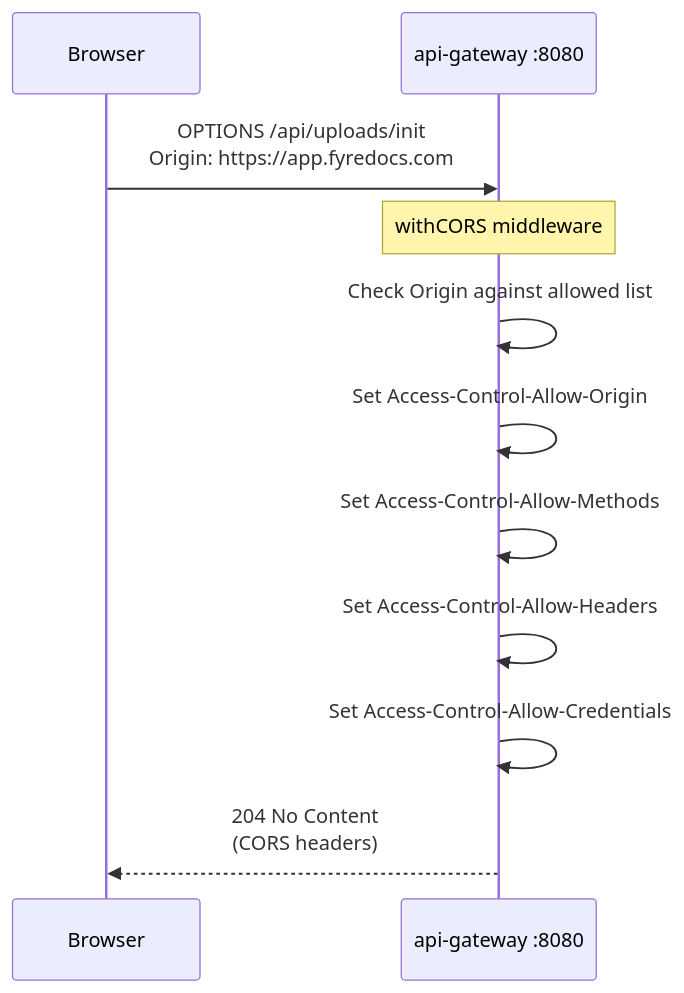
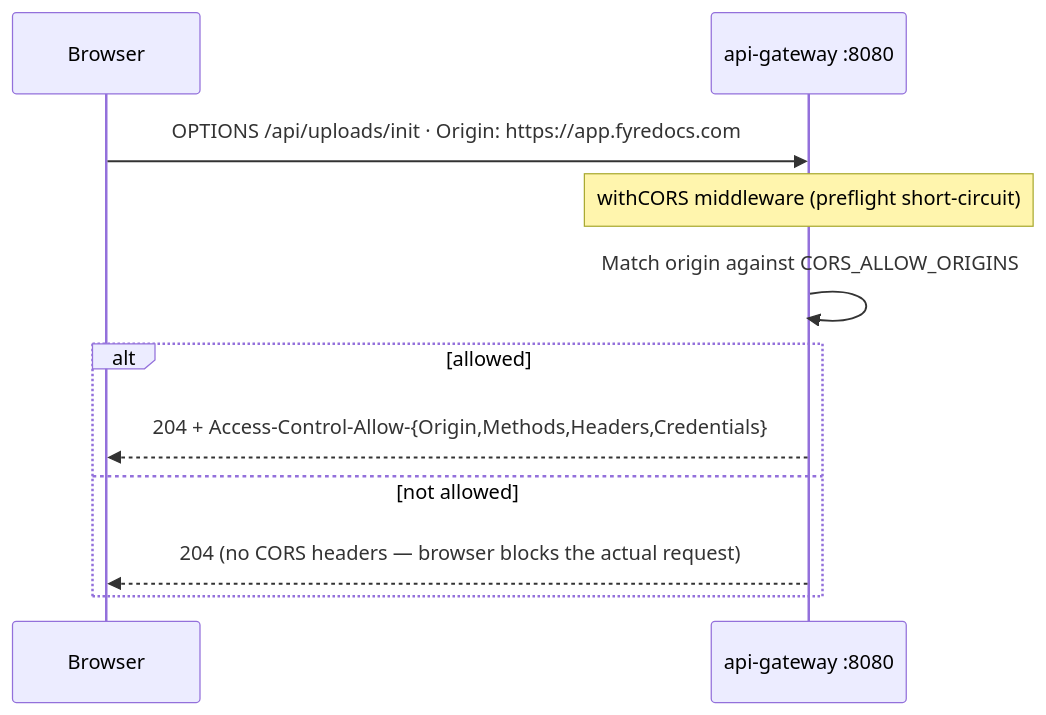
Before and after one commit to Prachidubey2003/fyredocs_backend: the fifth of 7 diagrams in docs/developer/mermaid/service-api-gateway-sequence.md, drawn with Mermaid. The commit also changed other lines of this file and 39 other files, not shown here.

````diff
--- a/docs/developer/mermaid/service-api-gateway-sequence.md
+++ b/docs/developer/mermaid/service-api-gateway-sequence.md
@@ -63,17 +95,14 @@
 ```mermaid
 sequenceDiagram
     participant Browser
     participant GW as api-gateway :8080
 
-    Browser->>GW: OPTIONS /api/uploads/init<br/>Origin: https://app.fyredocs.com
-
-    Note over GW: withCORS middleware
-
-    GW->>GW: Check Origin against allowed list
-    GW->>GW: Set Access-Control-Allow-Origin
-    GW->>GW: Set Access-Control-Allow-Methods
-    GW->>GW: Set Access-Control-Allow-Headers
-    GW->>GW: Set Access-Control-Allow-Credentials
-
-    GW-->>Browser: 204 No Content<br/>(CORS headers)
+    Browser->>GW: OPTIONS /api/uploads/init · Origin: https://app.fyredocs.com
+    Note over GW: withCORS middleware (preflight short-circuit)
+    GW->>GW: Match origin against CORS_ALLOW_ORIGINS
+    alt allowed
+        GW-->>Browser: 204 + Access-Control-Allow-{Origin,Methods,Headers,Credentials}
+    else not allowed
+        GW-->>Browser: 204 (no CORS headers — browser blocks the actual request)
+    end
 ```
````
